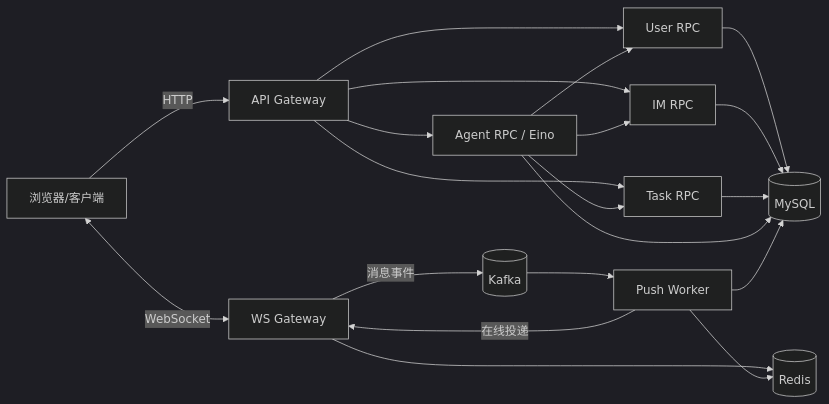
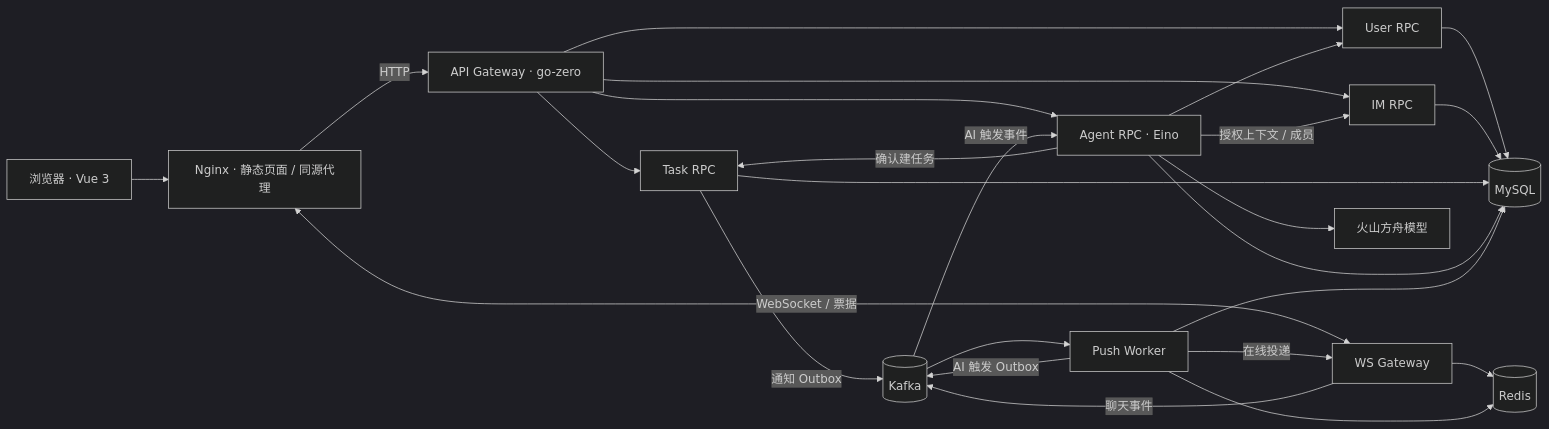
The diagram in README.md (Joey0v0/JoeySpace), drawn with Mermaid (dark theme) before and after one commit. The commit also changed other lines of this file and 11 other files, not shown here.

````diff
--- a/README.md
+++ b/README.md
@@ -9,22 +37,22 @@
 ```mermaid
 flowchart LR
-    Client[浏览器/客户端] -->|HTTP| Gateway[API Gateway]
-    Client <-->|WebSocket| WS[WS Gateway]
-    Gateway --> User[User RPC]
-    Gateway --> IM[IM RPC]
-    Gateway --> Task[Task RPC]
-    Gateway --> Agent[Agent RPC / Eino]
+    Browser["浏览器 · Vue 3"] --> Web["Nginx · 静态页面 / 同源代理"]
+    Web -->|HTTP| Gateway["API Gateway · go-zero"]
+    Web <-->|WebSocket / 票据| WS["WS Gateway"]
+    Gateway --> User["User RPC"]
+    Gateway --> IM["IM RPC"]
+    Gateway --> Task["Task RPC"]
+    Gateway --> Agent["Agent RPC · Eino"]
+    Agent -->|授权上下文 / 成员| IM
     Agent --> User
-    Agent --> IM
-    Agent --> Task
-    WS -->|消息事件| Kafka[(Kafka)]
-    Kafka --> Push[Push Worker]
+    Agent -->|确认建任务| Task
+    Agent --> Model["火山方舟模型"]
+    WS -->|聊天事件| Kafka[(Kafka)]
+    Kafka --> Push["Push Worker"]
     Push -->|在线投递| WS
-    User --> MySQL[(MySQL)]
-    IM --> MySQL
-    Task --> MySQL
-    Agent --> MySQL
-    Push --> MySQL
-    WS --> Redis[(Redis)]
-    Push --> Redis
+    Push -->|AI 触发 Outbox| Kafka
+    Kafka -->|AI 触发事件| Agent
+    Task -->|通知 Outbox| Kafka
+    User & IM & Task & Agent & Push --> DB[(MySQL)]
+    WS & Push --> Redis[(Redis)]
 ```
````
